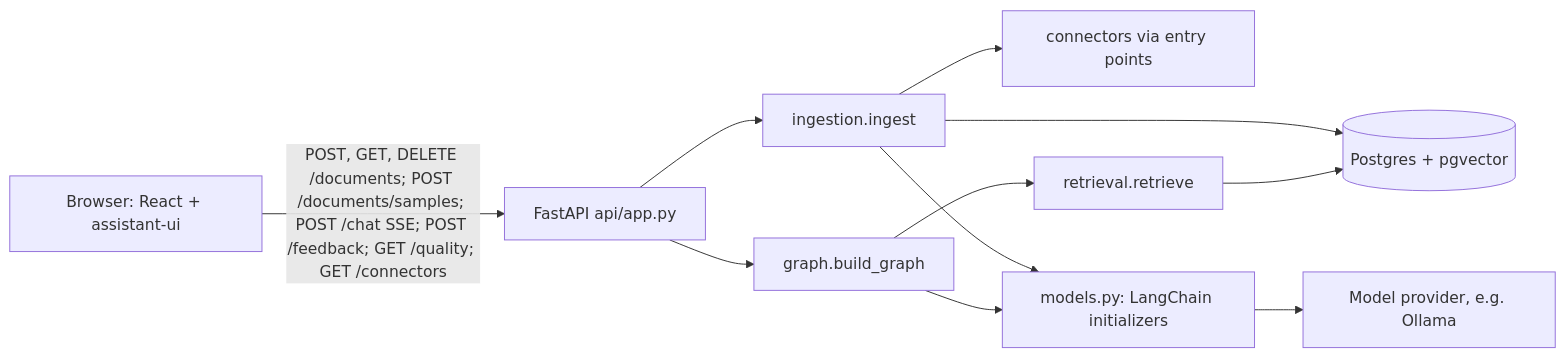
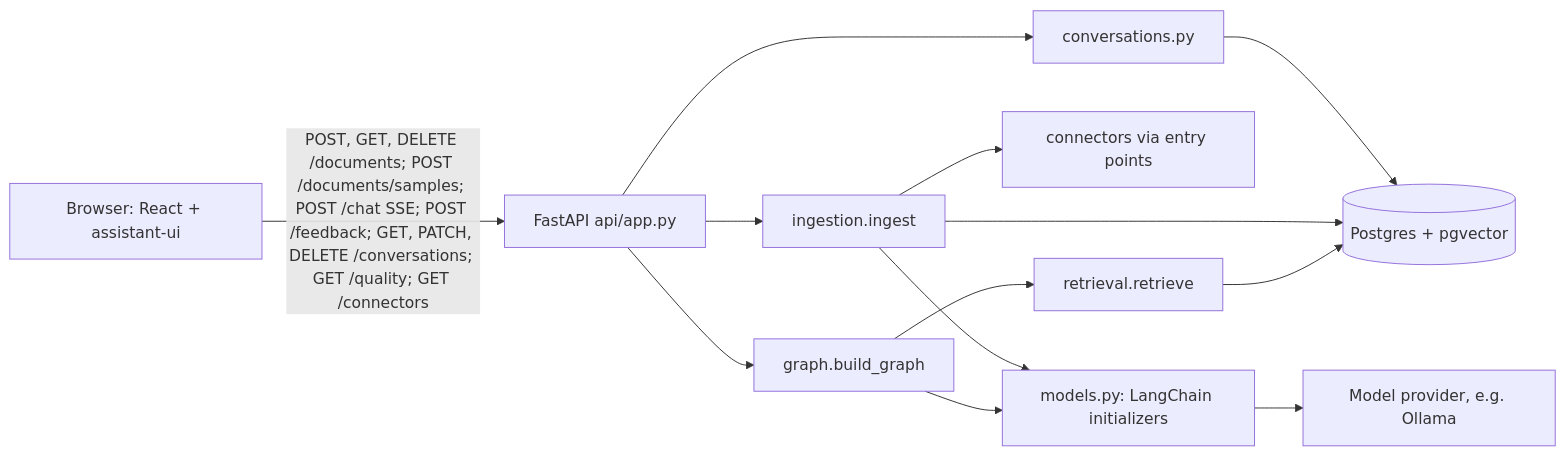
The diagram in docs/architecture/overview.md (AaronProbha18/Insight-RAG), drawn with Mermaid before and after one commit. The commit also changed other lines of this file and 58 other files, not shown here.

````diff
--- a/docs/architecture/overview.md
+++ b/docs/architecture/overview.md
@@ -12,12 +12,13 @@
 ```mermaid
 flowchart LR
-  UI[Browser: React + assistant-ui] -->|POST, GET, DELETE /documents; POST /documents/samples; POST /chat SSE; POST /feedback; GET /quality; GET /connectors| API[FastAPI api/app.py]
+  UI[Browser: React + assistant-ui] -->|POST, GET, DELETE /documents; POST /documents/samples; POST /chat SSE; POST /feedback; GET, PATCH, DELETE /conversations; GET /quality; GET /connectors| API[FastAPI api/app.py]
   API --> ING[ingestion.ingest]
   API --> G[graph.build_graph]
+  API --> CONV[conversations.py] --> DB
   ING --> C[connectors via entry points]
   ING --> DB[(Postgres + pgvector)]
   G --> R[retrieval.retrieve] --> DB
   ING --> M[models.py: LangChain initializers]
   G --> M
   M --> P[Model provider, e.g. Ollama]
 ```
````
